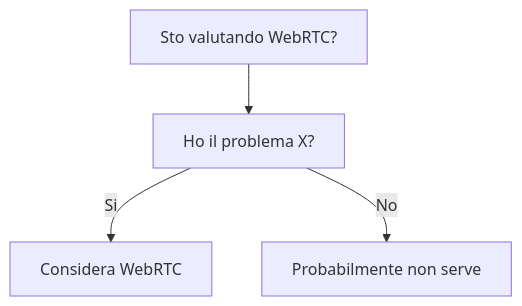
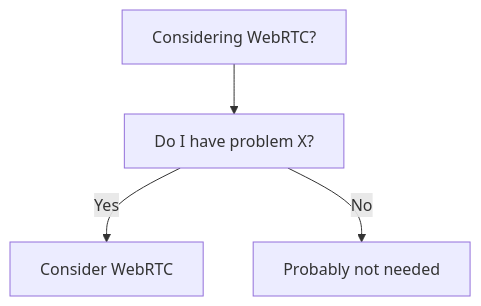
One commit to HxT9/Software-Dev-Wiki changed the diagram in dev-wiki/07_Networking/WebRTC/When_To_Use.md. Above: the diagram before and after it, drawn with Mermaid. The commit also changed other lines of this file and 3444 other files, not shown here.

````diff
--- a/dev-wiki/07_Networking/WebRTC/When_To_Use.md
+++ b/dev-wiki/07_Networking/WebRTC/When_To_Use.md
@@ -19,6 +19,6 @@
 ```mermaid
 flowchart TD
-  Q[Sto valutando WebRTC?] --> Q1[Ho il problema X?]
-  Q1 -->|Si| OK[Considera WebRTC]
-  Q1 -->|No| NO[Probabilmente non serve]
+  Q[Considering WebRTC?] --> Q1[Do I have problem X?]
+  Q1 -->|Yes| OK[Consider WebRTC]
+  Q1 -->|No| NO[Probably not needed]
 ```
````
